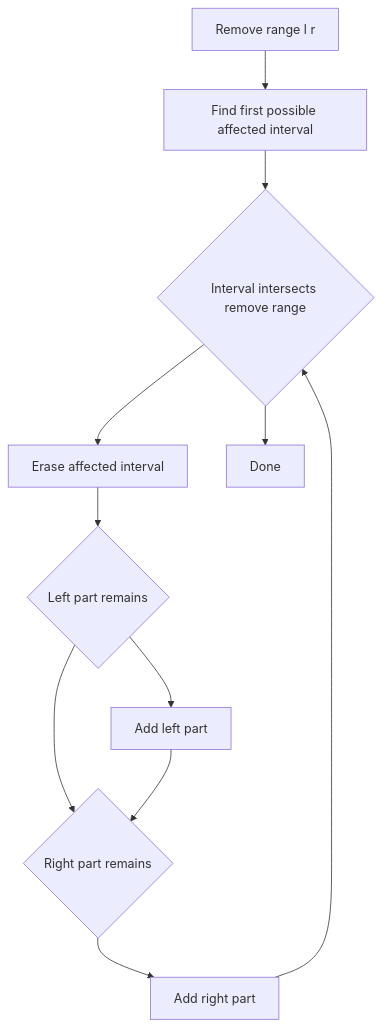
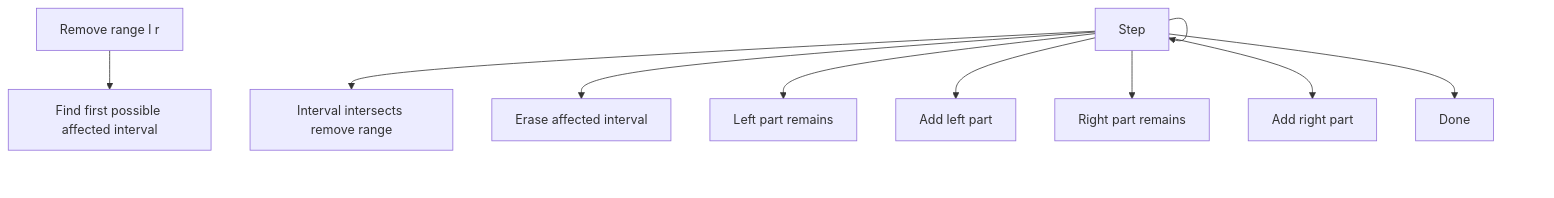
The tenth of 35 diagrams in CP_DSA_NOTES/001_TOPIC_WISE/001_STL_RANGE_QUERY_SWEEPLINE.md (mthaiseer/springcloud-systemdesign-notes), drawn with Mermaid before and after one commit. The commit also changed other lines of this file and 1 other file, not shown here.

````diff
--- a/CP_DSA_NOTES/001_TOPIC_WISE/001_STL_RANGE_QUERY_SWEEPLINE.md
+++ b/CP_DSA_NOTES/001_TOPIC_WISE/001_STL_RANGE_QUERY_SWEEPLINE.md
@@ -653,13 +653,13 @@
 ```mermaid
 flowchart TD
-    A["Remove range l r"] --> B["Find first possible affected interval"]
-    B --> C{"Interval intersects remove range"}
-    C --> D["Erase affected interval"]
-    D --> E{"Left part remains"}
-    E --> F["Add left part"]
-    E --> G{"Right part remains"}
-    F --> G
-    G --> H["Add right part"]
-    H --> C
-    C --> I["Done"]
+    N1["Remove range l r"] --> N2["Find first possible affected interval"]
+    N3["Step"] --> N4["Interval intersects remove range"]
+    N3["Step"] --> N5["Erase affected interval"]
+    N3["Step"] --> N6["Left part remains"]
+    N3["Step"] --> N7["Add left part"]
+    N3["Step"] --> N8["Right part remains"]
+    N3["Step"] --> N3["Step"]
+    N3["Step"] --> N9["Add right part"]
+    N3["Step"] --> N3["Step"]
+    N3["Step"] --> N10["Done"]
 ```
````
